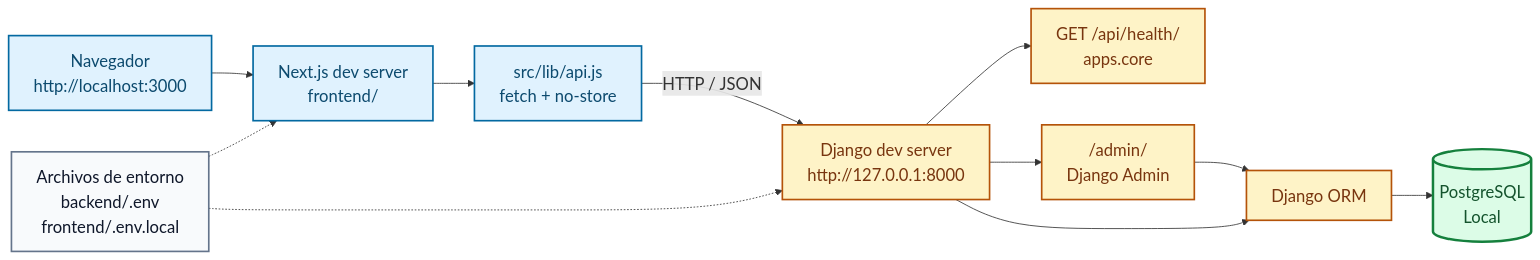
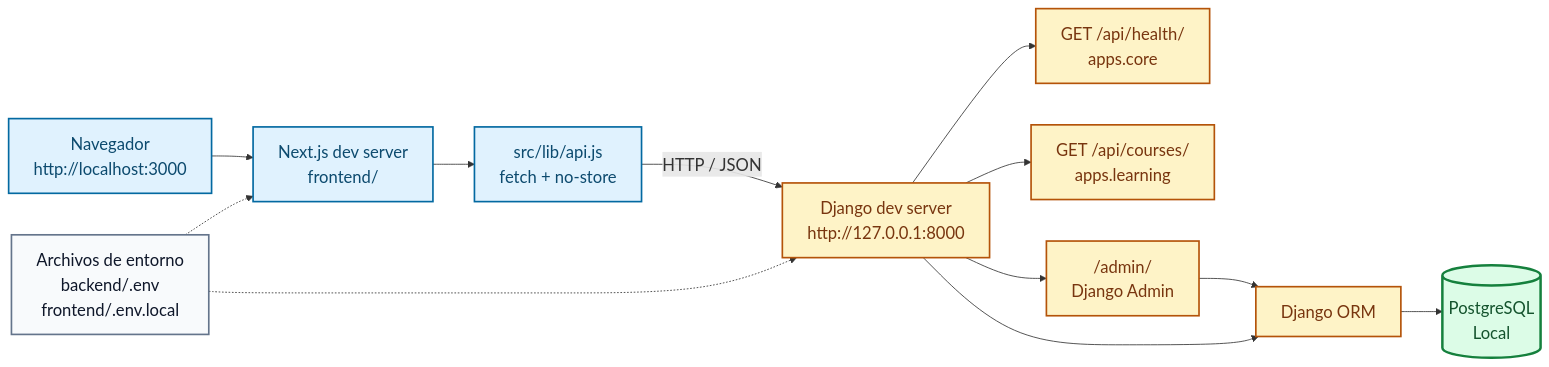
One commit to fcamusr/portafolio-e-learning-teologia changed the fourth of 5 diagrams in docs/architecture/DIAGRAMS.md. Above: the diagram before and after it, drawn with Mermaid. The commit also changed other lines of this file and 34 other files, not shown here.

````diff
--- a/docs/architecture/DIAGRAMS.md
+++ b/docs/architecture/DIAGRAMS.md
@@ -113,34 +113,36 @@
 ```mermaid
 %%{init: {"themeVariables": {"fontSize": "20px", "fontFamily": "Arial"}}}%%
 flowchart LR
   Browser["Navegador<br/>http://localhost:3000"]
   Next["Next.js dev server<br/>frontend/"]
   ApiClient["src/lib/api.js<br/>fetch + no-store"]
   Django["Django dev server<br/>http://127.0.0.1:8000"]
   Health["GET /api/health/<br/>apps.core"]
+  Courses["GET /api/courses/<br/>apps.learning"]
   Admin["/admin/<br/>Django Admin"]
   ORM["Django ORM"]
   DB[("PostgreSQL<br/>Local")]
   Env["Archivos de entorno<br/>backend/.env<br/>frontend/.env.local"]
 
   Browser --> Next
   Next --> ApiClient
   ApiClient -->|"HTTP / JSON"| Django
   Django --> Health
+  Django --> Courses
   Django --> Admin
   Admin --> ORM
   Django --> ORM
   ORM --> DB
   Env -.-> Next
   Env -.-> Django
 
   classDef client fill:#e0f2fe,stroke:#0369a1,color:#0c4a6e,font-size:20px,stroke-width:2px
   classDef server fill:#fef3c7,stroke:#b45309,color:#78350f,font-size:20px,stroke-width:2px
   classDef data fill:#dcfce7,stroke:#15803d,color:#14532d,font-size:20px,stroke-width:3px
   classDef env fill:#f8fafc,stroke:#64748b,color:#0f172a,font-size:20px,stroke-width:2px
 
   class Browser,Next,ApiClient client
-  class Django,Health,Admin,ORM server
+  class Django,Health,Courses,Admin,ORM server
   class DB data
   class Env env
 ```
````
